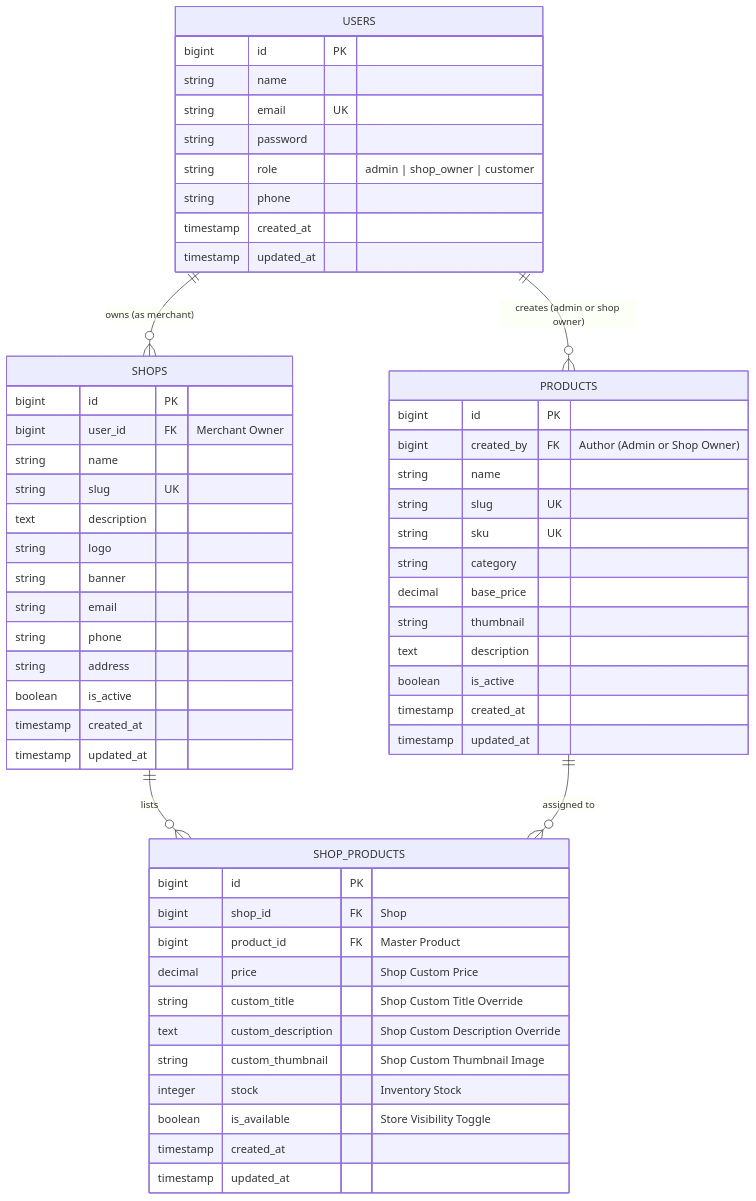
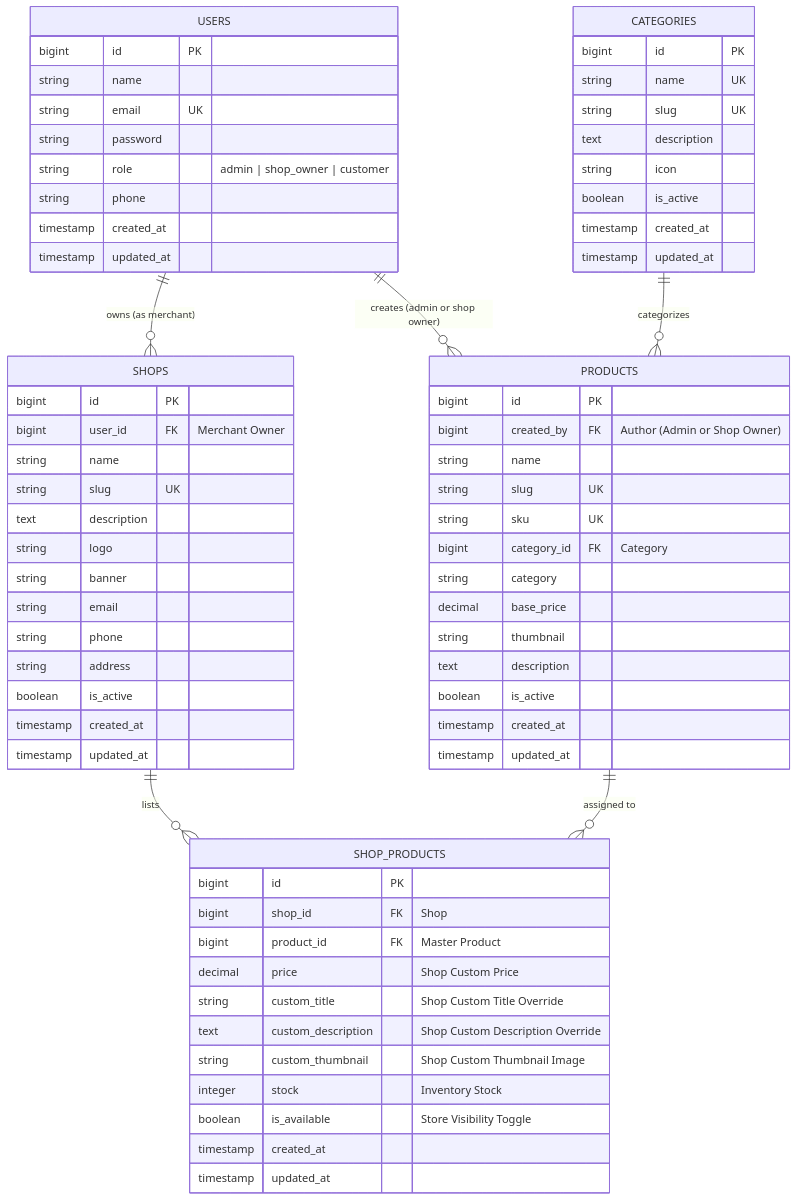
Before and after one commit to naeem312005/small-ecommerce-management: the diagram in README.md, drawn with Mermaid. The commit also changed other lines of this file and 23 other files, not shown here.

````diff
--- a/README.md
+++ b/README.md
@@ -46,63 +47,76 @@
 ```mermaid
 erDiagram
     USERS ||--o{ SHOPS : "owns (as merchant)"
     USERS ||--o{ PRODUCTS : "creates (admin or shop owner)"
+    CATEGORIES ||--o{ PRODUCTS : "categorizes"
     SHOPS ||--o{ SHOP_PRODUCTS : "lists"
     PRODUCTS ||--o{ SHOP_PRODUCTS : "assigned to"
+
+    CATEGORIES {
+        bigint id PK
+        string name UK
+        string slug UK
+        text description
+        string icon
+        boolean is_active
+        timestamp created_at
+        timestamp updated_at
+    }
 
     USERS {
         bigint id PK
         string name
         string email UK
         string password
         string role "admin | shop_owner | customer"
         string phone
         timestamp created_at
         timestamp updated_at
     }
 
     SHOPS {
         bigint id PK
         bigint user_id FK "Merchant Owner"
         string name
         string slug UK
         text description
         string logo
         string banner
         string email
         string phone
         string address
         boolean is_active
         timestamp created_at
         timestamp updated_at
     }
 
     PRODUCTS {
         bigint id PK
         bigint created_by FK "Author (Admin or Shop Owner)"
         string name
         string slug UK
         string sku UK
+        bigint category_id FK "Category"
         string category
         decimal base_price
         string thumbnail
         text description
         boolean is_active
         timestamp created_at
         timestamp updated_at
     }
 
     SHOP_PRODUCTS {
         bigint id PK
         bigint shop_id FK "Shop"
         bigint product_id FK "Master Product"
         decimal price "Shop Custom Price"
         string custom_title "Shop Custom Title Override"
         text custom_description "Shop Custom Description Override"
         string custom_thumbnail "Shop Custom Thumbnail Image"
         integer stock "Inventory Stock"
         boolean is_available "Store Visibility Toggle"
         timestamp created_at
         timestamp updated_at
     }
 ```
````
